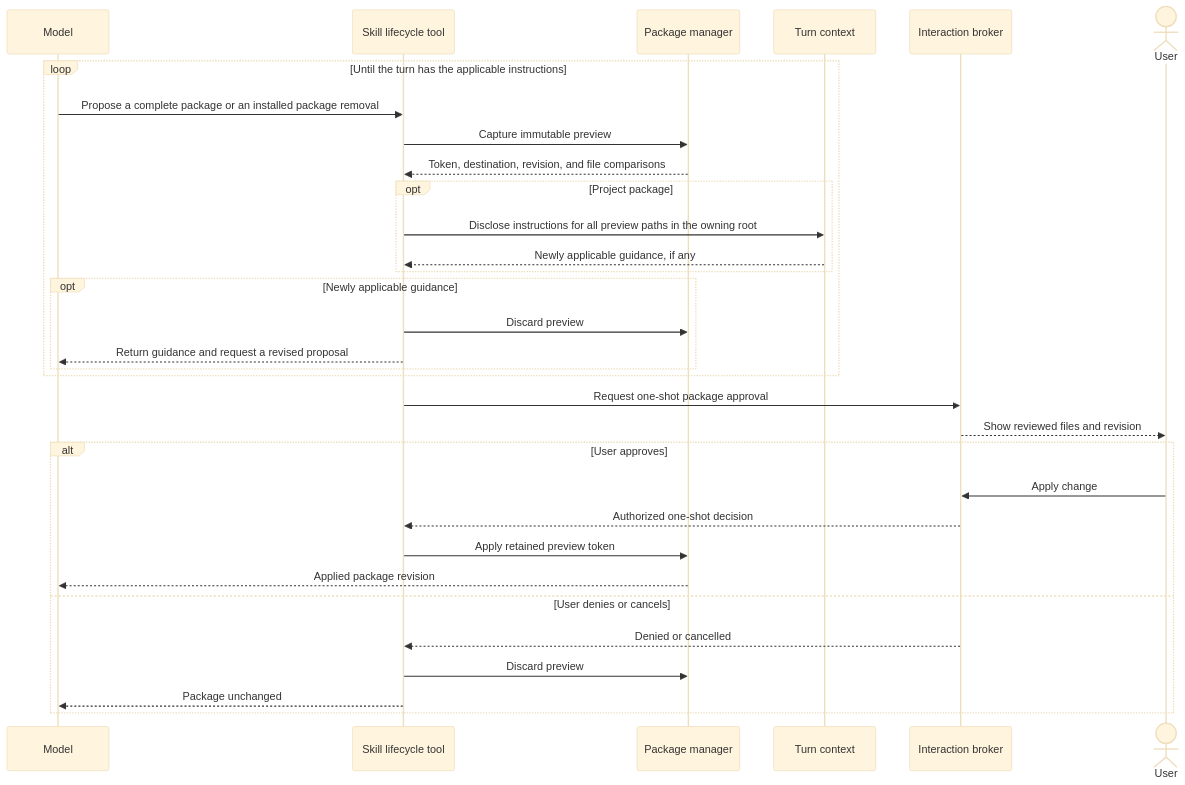
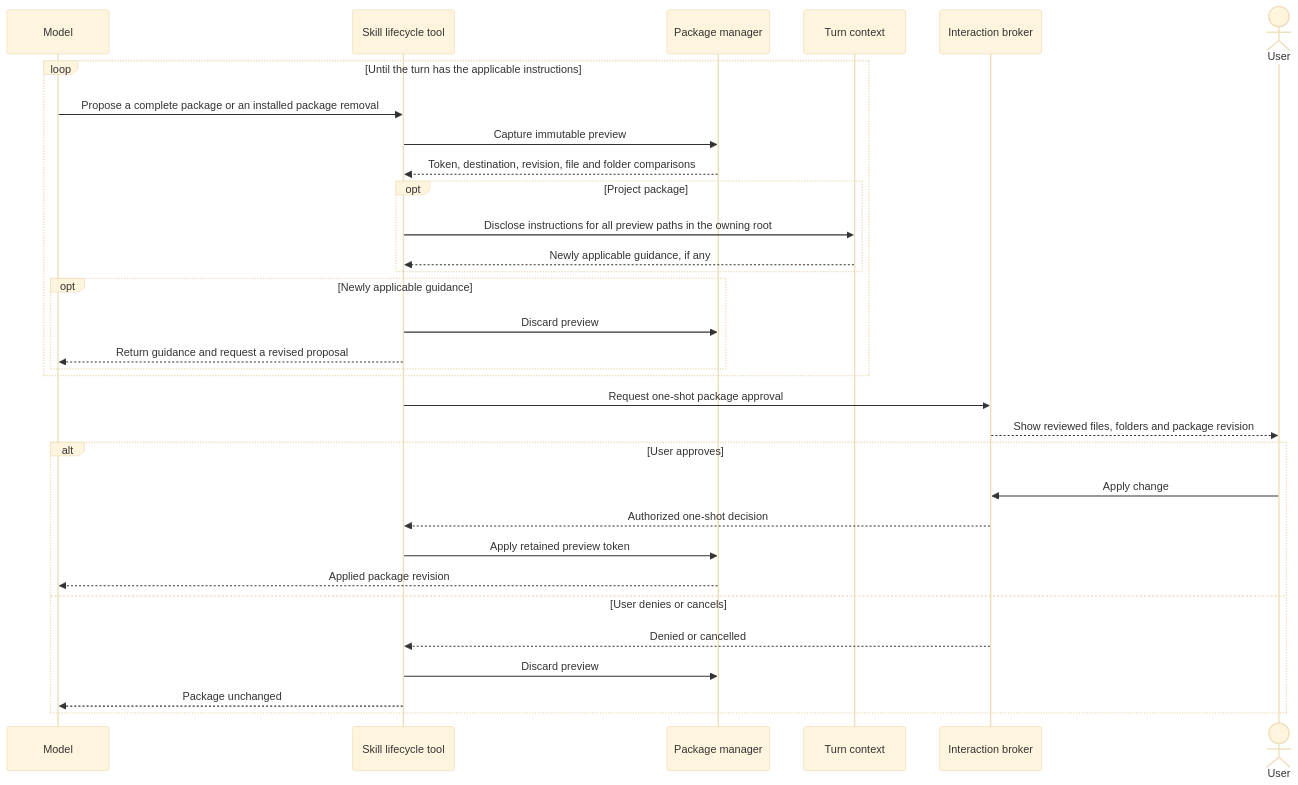
Before and after one commit to danceroutine/Glyph: the eighth of 10 diagrams in docs/AGENT_INSTRUCTIONS.md, drawn with Mermaid (base theme). The commit also changed other lines of this file, not shown here.

````diff
--- a/docs/AGENT_INSTRUCTIONS.md
+++ b/docs/AGENT_INSTRUCTIONS.md
@@ -343,34 +348,34 @@
 ```mermaid
 sequenceDiagram
     participant Model
     participant Tool as Skill lifecycle tool
     participant Manager as Package manager
     participant Turn as Turn context
     participant Broker as Interaction broker
     actor User
     loop Until the turn has the applicable instructions
         Model->>Tool: Propose a complete package or an installed package removal
         Tool->>Manager: Capture immutable preview
-        Manager-->>Tool: Token, destination, revision, and file comparisons
+        Manager-->>Tool: Token, destination, revision, file and folder comparisons
         opt Project package
             Tool->>Turn: Disclose instructions for all preview paths in the owning root
             Turn-->>Tool: Newly applicable guidance, if any
         end
         opt Newly applicable guidance
             Tool->>Manager: Discard preview
             Tool-->>Model: Return guidance and request a revised proposal
         end
     end
     Tool->>Broker: Request one-shot package approval
-    Broker-->>User: Show reviewed files and revision
+    Broker-->>User: Show reviewed files, folders and package revision
     alt User approves
         User->>Broker: Apply change
         Broker-->>Tool: Authorized one-shot decision
         Tool->>Manager: Apply retained preview token
         Manager-->>Model: Applied package revision
     else User denies or cancels
         Broker-->>Tool: Denied or cancelled
         Tool->>Manager: Discard preview
         Tool-->>Model: Package unchanged
     end
 ```
````
